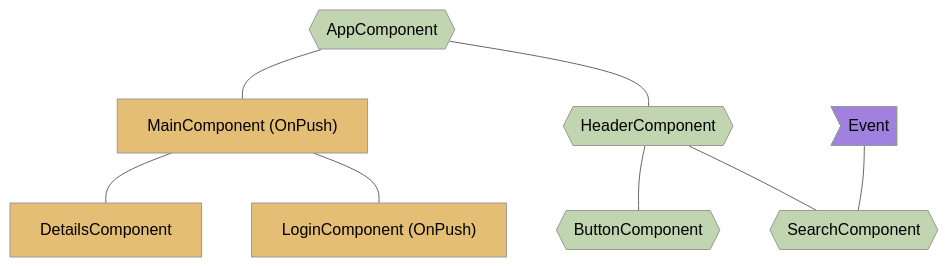
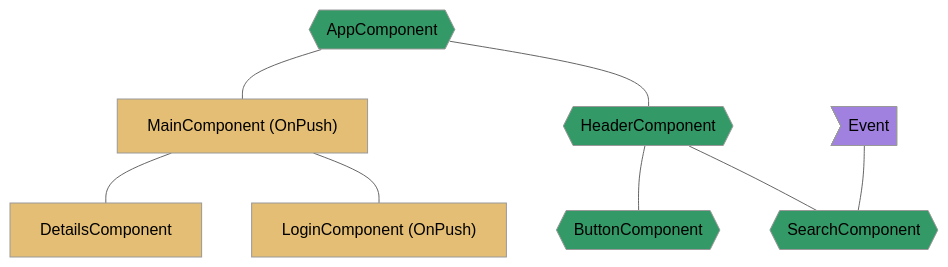
Before and after one commit to angular/angular: the first of 4 diagrams in adev/src/content/best-practices/runtime-performance/skipping-subtrees.md, drawn with Mermaid (neutral theme). The commit also changed other lines of this file, not shown here.

````diff
--- a/adev/src/content/best-practices/runtime-performance/skipping-subtrees.md
+++ b/adev/src/content/best-practices/runtime-performance/skipping-subtrees.md
@@ -36,20 +36,20 @@
 ```mermaid
 graph TD;
     app{{AppComponent}} --- header{{HeaderComponent}};
     app --- main["MainComponent (OnPush)"];
     header --- search{{SearchComponent}};
     header --- button{{ButtonComponent}};
     main --- login["LoginComponent (OnPush)"];
     main --- details[DetailsComponent];
     event>Event] --- search
 
 style main fill:#E4BE74,color:#000
 style login fill:#E4BE74,color:#000
 style details fill:#E4BE74,color:#000
 
-style app fill:#C1D5B0,color:#000
+style app fill:#339966,color:#000
 style event fill:#A081E0, color:#000
-style header fill:#C1D5B0,color:#000
-style button fill:#C1D5B0,color:#000
-style search fill:#C1D5B0,color:#000
+style header fill:#339966,color:#000
+style button fill:#339966,color:#000
+style search fill:#339966,color:#000
 ```
````
